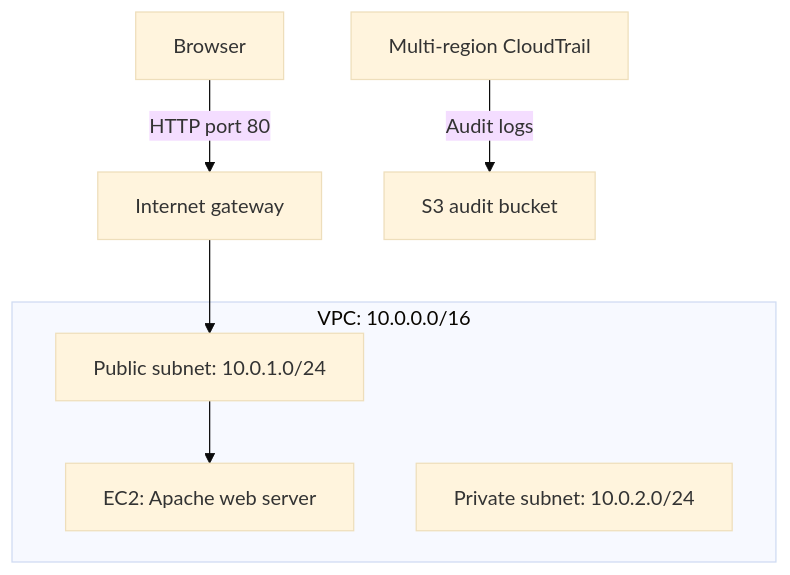
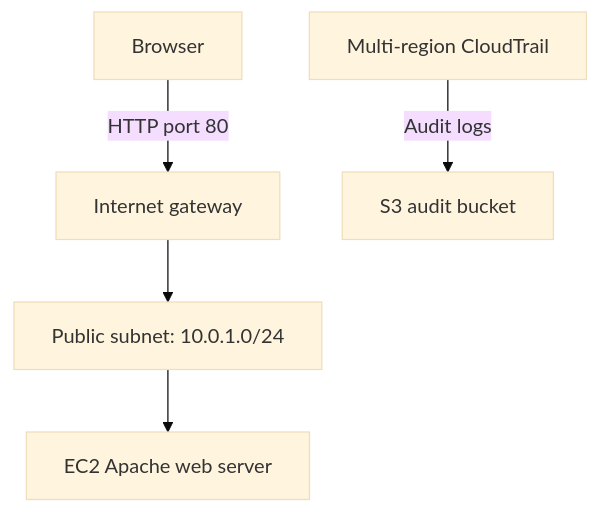
Before and after one commit to Mhscb24/terraform-aws-secure-infrastructure: the diagram in README.md, drawn with Mermaid (base theme). The commit also changed other lines of this file, not shown here.

Commit message:
Simplify architecture diagram layout

````diff
--- a/README.md
+++ b/README.md
@@ -33,10 +43,7 @@
 ```mermaid
 flowchart TD
     Browser["Browser"] -->|HTTP port 80| Gateway["Internet gateway"]
-    subgraph VPC["VPC: 10.0.0.0/16"]
-        Public["Public subnet: 10.0.1.0/24"] --> Web["EC2: Apache web server"]
-        Private["Private subnet: 10.0.2.0/24"]
-    end
-    Gateway --> Public
+    Gateway --> Public["Public subnet: 10.0.1.0/24"]
+    Public --> Web["EC2 Apache web server"]
     Trail["Multi-region CloudTrail"] -->|Audit logs| Bucket["S3 audit bucket"]
 ```
````
